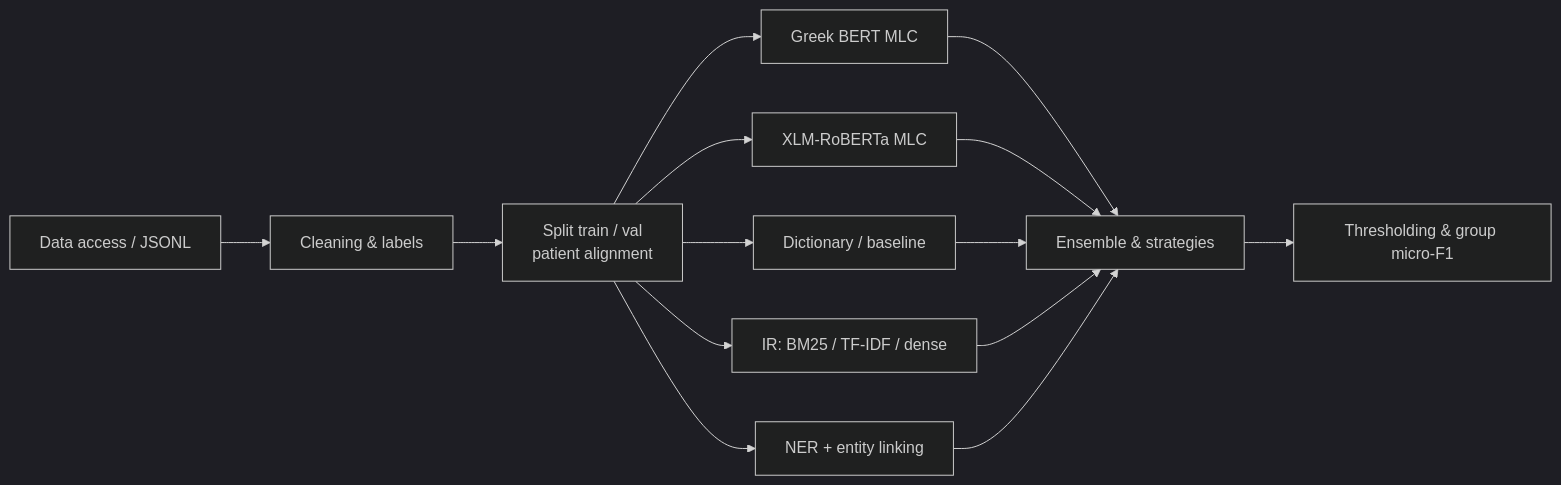
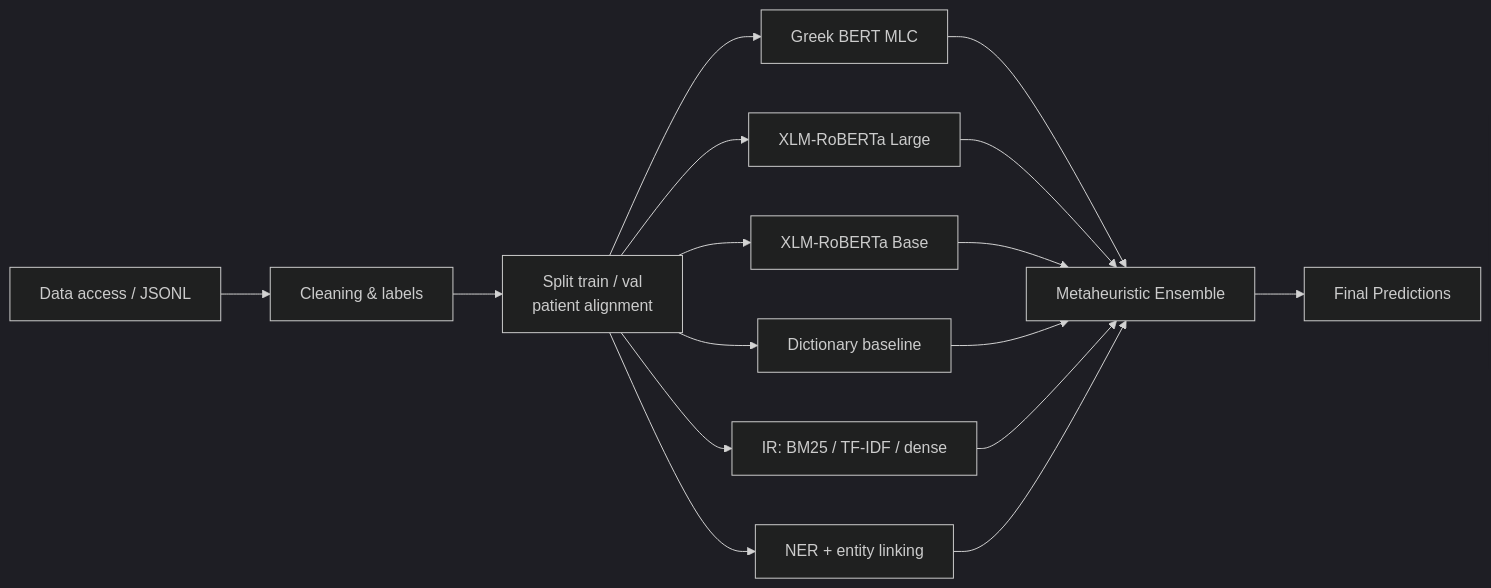
The diagram in README.md (straf10/aida-elcardiocc-26), drawn with Mermaid (dark theme) before and after one commit. The commit also changed other lines of this file, not shown here.

````diff
--- a/README.md
+++ b/README.md
@@ -21,16 +23,18 @@
 ```mermaid
 flowchart LR
   A[Data access / JSONL] --> B[Cleaning & labels]
   B --> C[Split train / val\npatient alignment]
   C --> D1[Greek BERT MLC]
-  C --> D2[XLM-RoBERTa MLC]
-  C --> D3[Dictionary  / baseline]
+  C --> D2[XLM-RoBERTa Large]
+  C --> D6[XLM-RoBERTa Base]
+  C --> D3[Dictionary baseline]
   C --> D4[IR: BM25 / TF‑IDF / dense]
   C --> D5[NER + entity linking]
-  D1 --> E[Ensemble & strategies]
+  D1 --> E[Metaheuristic Ensemble]
   D2 --> E
+  D6 --> E
   D3 --> E
   D4 --> E
   D5 --> E
-  E --> F[Thresholding & group micro-F1]
+  E --> F[Final Predictions]
 ```
````
